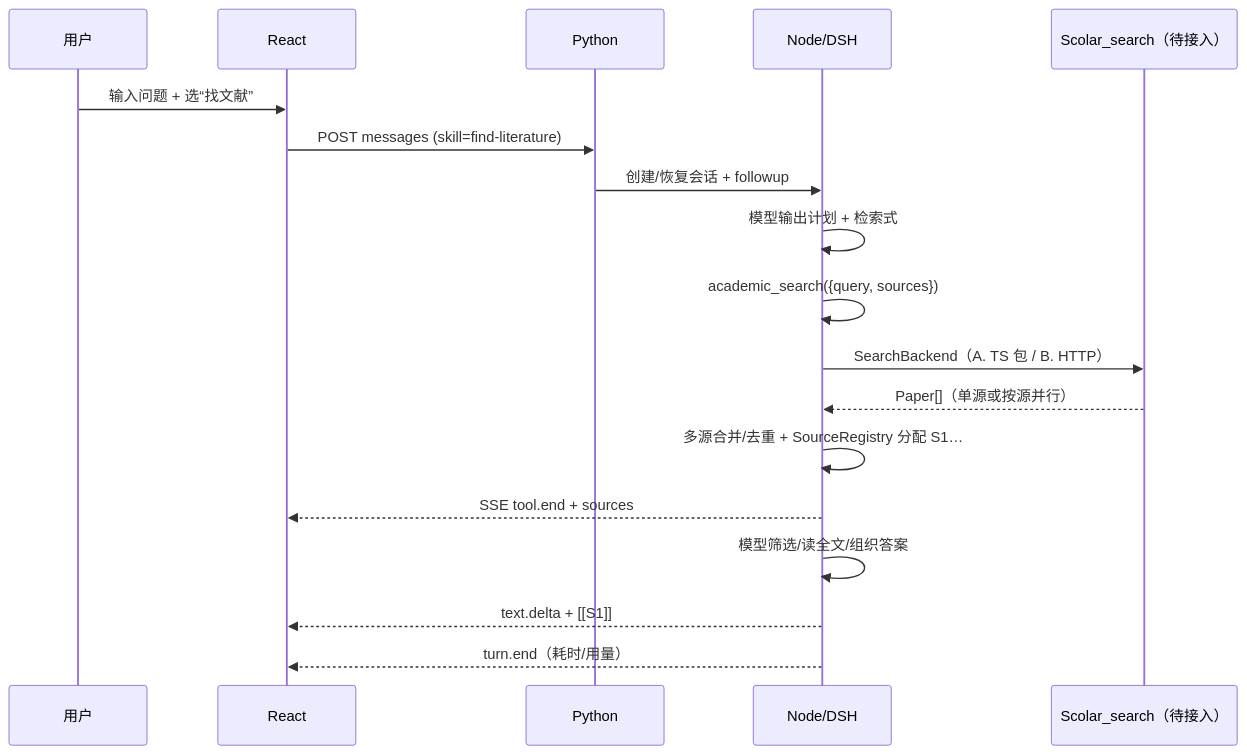
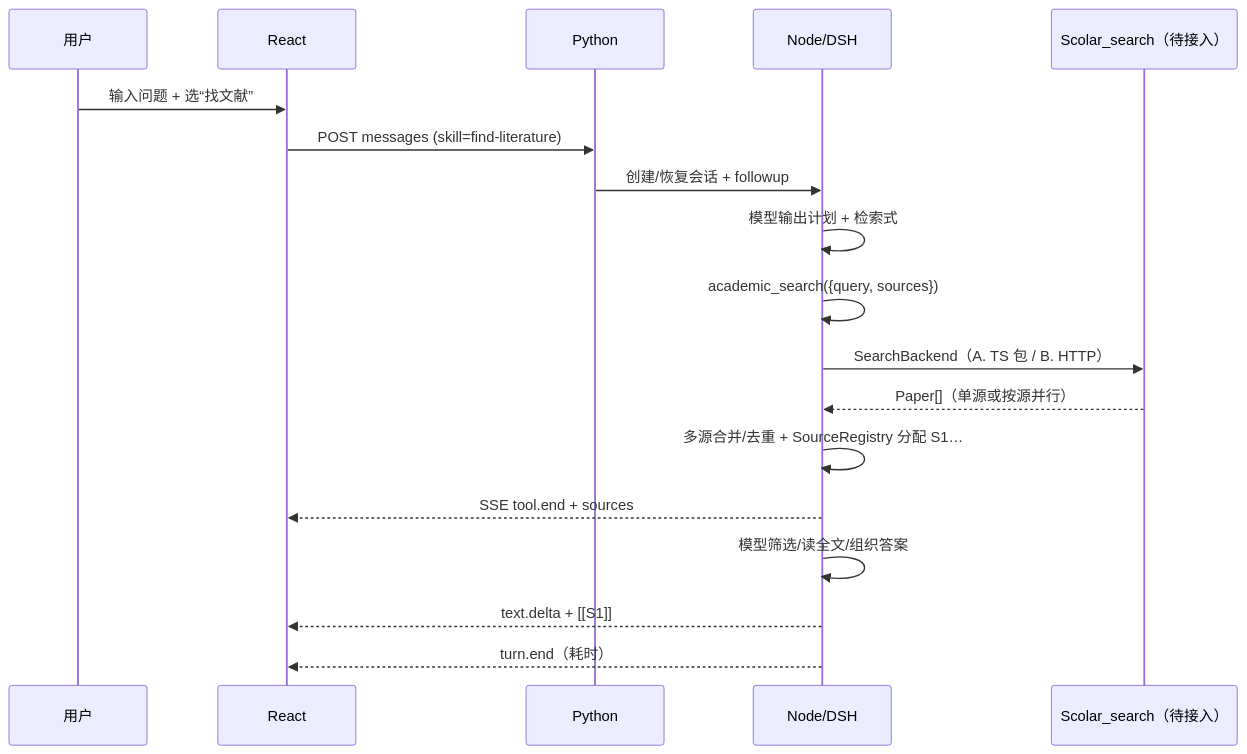
The second of 2 diagrams in docs/superpowers/specs/2026-11-08-research-agent-design.md (xiaohui-plus/Paperead), drawn with Mermaid before and after one commit. The commit also changed other lines of this file and 114 other files, not shown here.

````diff
--- a/docs/superpowers/specs/2026-11-08-research-agent-design.md
+++ b/docs/superpowers/specs/2026-11-08-research-agent-design.md
@@ -1202,20 +1195,20 @@
 ```mermaid
 sequenceDiagram
   participant U as 用户
   participant W as React
   participant P as Python
   participant N as Node/DSH
   participant S as Scolar_search（待接入）
   U->>W: 输入问题 + 选“找文献”
   W->>P: POST messages (skill=find-literature)
   P->>N: 创建/恢复会话 + followup
   N->>N: 模型输出计划 + 检索式
   N->>N: academic_search({query, sources})
   N->>S: SearchBackend（A. TS 包 / B. HTTP）
   S-->>N: Paper[]（单源或按源并行）
   N->>N: 多源合并/去重 + SourceRegistry 分配 S1…
   N-->>W: SSE tool.end + sources
   N->>N: 模型筛选/读全文/组织答案
   N-->>W: text.delta + [[S1]]
-  N-->>W: turn.end（耗时/用量）
+  N-->>W: turn.end（耗时）
 ```
````
